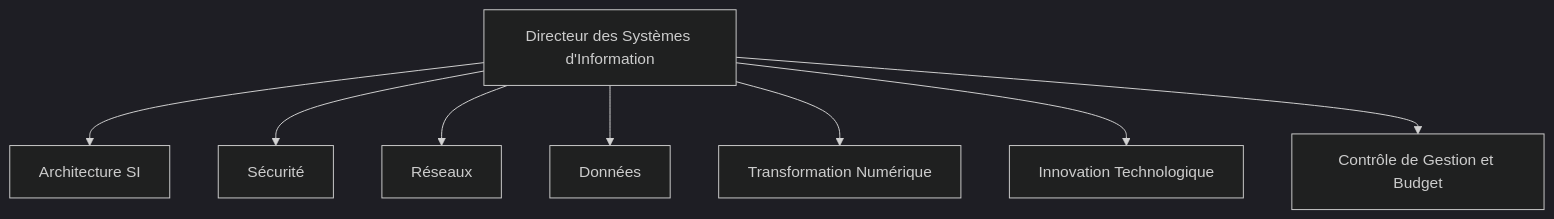
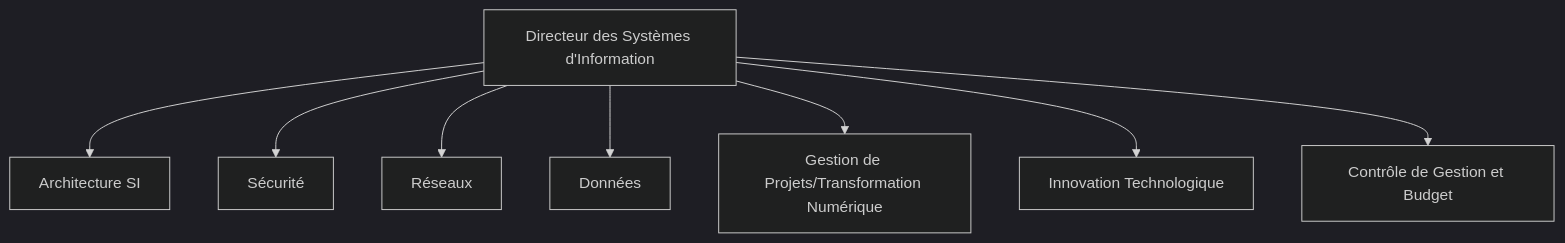
One commit to sanogotech/preparationCertificationCCNA changed the first of 6 diagrams in MetiersArchitectesSI/SchemaArchitectureSystemeInformation.md. Above: the diagram before and after it, drawn with Mermaid (dark theme).

````diff
--- a/MetiersArchitectesSI/SchemaArchitectureSystemeInformation.md
+++ b/MetiersArchitectesSI/SchemaArchitectureSystemeInformation.md
@@ -45,11 +45,11 @@
 ```mermaid
 graph TD
     A[Directeur des Systèmes d'Information] --> B[Architecture SI]
     A --> C[Sécurité]
     A --> D[Réseaux]
     A --> F[Données]
-    A --> G[Transformation Numérique]
+    A --> G[Gestion de Projets/Transformation Numérique]
     A --> H[Innovation Technologique]
     A --> I[Contrôle de Gestion et Budget]
 
 ```
````
